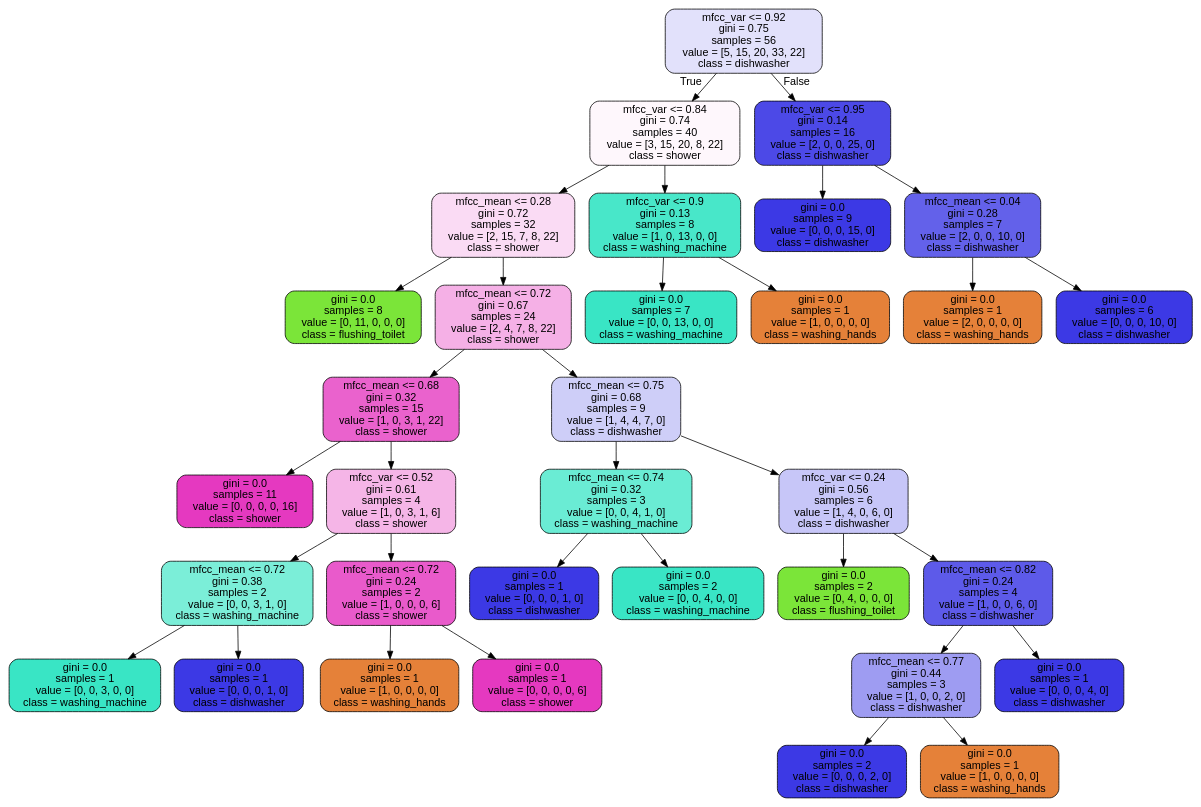
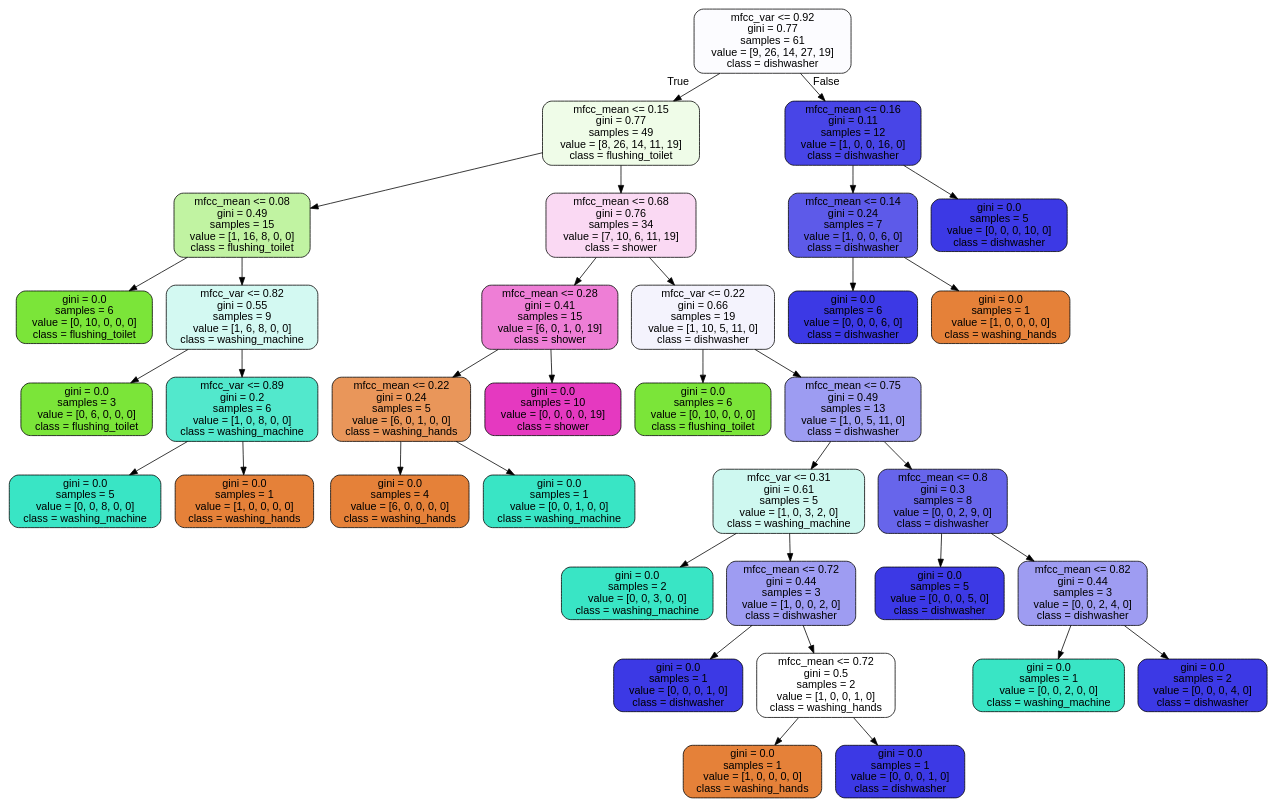
One commit to fritzschack/thesis changed the diagram in files/tree.dot. Above: the diagram before and after it, drawn with Graphviz. The commit also changed 3 other files, not shown here.

```diff
--- a/files/tree.dot
+++ b/files/tree.dot
@@ -1,69 +1,73 @@
 digraph Tree {
 node [shape=box, style="filled, rounded", color="black", fontname="helvetica"] ;
 edge [fontname="helvetica"] ;
-0 [label="mfcc_var <= 0.92\ngini = 0.75\nsamples = 56\nvalue = [5, 15, 20, 33, 22]\nclass = dishwasher", fillcolor="#e2e1fb"] ;
-1 [label="mfcc_var <= 0.84\ngini = 0.74\nsamples = 40\nvalue = [3, 15, 20, 8, 22]\nclass = shower", fillcolor="#fef7fc"] ;
+0 [label="mfcc_var <= 0.92\ngini = 0.77\nsamples = 61\nvalue = [9, 26, 14, 27, 19]\nclass = dishwasher", fillcolor="#fcfcff"] ;
+1 [label="mfcc_mean <= 0.15\ngini = 0.77\nsamples = 49\nvalue = [8, 26, 14, 11, 19]\nclass = flushing_toilet", fillcolor="#effce8"] ;
 0 -> 1 [labeldistance=2.5, labelangle=45, headlabel="True"] ;
-2 [label="mfcc_mean <= 0.28\ngini = 0.72\nsamples = 32\nvalue = [2, 15, 7, 8, 22]\nclass = shower", fillcolor="#fadbf4"] ;
+2 [label="mfcc_mean <= 0.08\ngini = 0.49\nsamples = 15\nvalue = [1, 16, 8, 0, 0]\nclass = flushing_toilet", fillcolor="#c1f3a2"] ;
 1 -> 2 ;
-3 [label="gini = 0.0\nsamples = 8\nvalue = [0, 11, 0, 0, 0]\nclass = flushing_toilet", fillcolor="#7be539"] ;
+3 [label="gini = 0.0\nsamples = 6\nvalue = [0, 10, 0, 0, 0]\nclass = flushing_toilet", fillcolor="#7be539"] ;
 2 -> 3 ;
-4 [label="mfcc_mean <= 0.72\ngini = 0.67\nsamples = 24\nvalue = [2, 4, 7, 8, 22]\nclass = shower", fillcolor="#f5b0e6"] ;
+4 [label="mfcc_var <= 0.82\ngini = 0.55\nsamples = 9\nvalue = [1, 6, 8, 0, 0]\nclass = washing_machine", fillcolor="#d3f9f2"] ;
 2 -> 4 ;
-5 [label="mfcc_mean <= 0.68\ngini = 0.32\nsamples = 15\nvalue = [1, 0, 3, 1, 22]\nclass = shower", fillcolor="#ea62cd"] ;
+5 [label="gini = 0.0\nsamples = 3\nvalue = [0, 6, 0, 0, 0]\nclass = flushing_toilet", fillcolor="#7be539"] ;
 4 -> 5 ;
-6 [label="gini = 0.0\nsamples = 11\nvalue = [0, 0, 0, 0, 16]\nclass = shower", fillcolor="#e539c0"] ;
-5 -> 6 ;
-7 [label="mfcc_var <= 0.52\ngini = 0.61\nsamples = 4\nvalue = [1, 0, 3, 1, 6]\nclass = shower", fillcolor="#f5b5e7"] ;
-5 -> 7 ;
-8 [label="mfcc_mean <= 0.72\ngini = 0.38\nsamples = 2\nvalue = [0, 0, 3, 1, 0]\nclass = washing_machine", fillcolor="#7beed8"] ;
-7 -> 8 ;
-9 [label="gini = 0.0\nsamples = 1\nvalue = [0, 0, 3, 0, 0]\nclass = washing_machine", fillcolor="#39e5c5"] ;
-8 -> 9 ;
-10 [label="gini = 0.0\nsamples = 1\nvalue = [0, 0, 0, 1, 0]\nclass = dishwasher", fillcolor="#3c39e5"] ;
-8 -> 10 ;
-11 [label="mfcc_mean <= 0.72\ngini = 0.24\nsamples = 2\nvalue = [1, 0, 0, 0, 6]\nclass = shower", fillcolor="#e95acb"] ;
-7 -> 11 ;
-12 [label="gini = 0.0\nsamples = 1\nvalue = [1, 0, 0, 0, 0]\nclass = washing_hands", fillcolor="#e58139"] ;
+6 [label="mfcc_var <= 0.89\ngini = 0.2\nsamples = 6\nvalue = [1, 0, 8, 0, 0]\nclass = washing_machine", fillcolor="#52e8cc"] ;
+4 -> 6 ;
+7 [label="gini = 0.0\nsamples = 5\nvalue = [0, 0, 8, 0, 0]\nclass = washing_machine", fillcolor="#39e5c5"] ;
+6 -> 7 ;
+8 [label="gini = 0.0\nsamples = 1\nvalue = [1, 0, 0, 0, 0]\nclass = washing_hands", fillcolor="#e58139"] ;
+6 -> 8 ;
+9 [label="mfcc_mean <= 0.68\ngini = 0.76\nsamples = 34\nvalue = [7, 10, 6, 11, 19]\nclass = shower", fillcolor="#fad9f3"] ;
+1 -> 9 ;
+10 [label="mfcc_mean <= 0.28\ngini = 0.41\nsamples = 15\nvalue = [6, 0, 1, 0, 19]\nclass = shower", fillcolor="#ee7ed6"] ;
+9 -> 10 ;
+11 [label="mfcc_mean <= 0.22\ngini = 0.24\nsamples = 5\nvalue = [6, 0, 1, 0, 0]\nclass = washing_hands", fillcolor="#e9965a"] ;
+10 -> 11 ;
+12 [label="gini = 0.0\nsamples = 4\nvalue = [6, 0, 0, 0, 0]\nclass = washing_hands", fillcolor="#e58139"] ;
 11 -> 12 ;
-13 [label="gini = 0.0\nsamples = 1\nvalue = [0, 0, 0, 0, 6]\nclass = shower", fillcolor="#e539c0"] ;
+13 [label="gini = 0.0\nsamples = 1\nvalue = [0, 0, 1, 0, 0]\nclass = washing_machine", fillcolor="#39e5c5"] ;
 11 -> 13 ;
-14 [label="mfcc_mean <= 0.75\ngini = 0.68\nsamples = 9\nvalue = [1, 4, 4, 7, 0]\nclass = dishwasher", fillcolor="#cecef8"] ;
-4 -> 14 ;
-15 [label="mfcc_mean <= 0.74\ngini = 0.32\nsamples = 3\nvalue = [0, 0, 4, 1, 0]\nclass = washing_machine", fillcolor="#6aecd4"] ;
-14 -> 15 ;
-16 [label="gini = 0.0\nsamples = 1\nvalue = [0, 0, 0, 1, 0]\nclass = dishwasher", fillcolor="#3c39e5"] ;
+14 [label="gini = 0.0\nsamples = 10\nvalue = [0, 0, 0, 0, 19]\nclass = shower", fillcolor="#e539c0"] ;
+10 -> 14 ;
+15 [label="mfcc_var <= 0.22\ngini = 0.66\nsamples = 19\nvalue = [1, 10, 5, 11, 0]\nclass = dishwasher", fillcolor="#f4f3fd"] ;
+9 -> 15 ;
+16 [label="gini = 0.0\nsamples = 6\nvalue = [0, 10, 0, 0, 0]\nclass = flushing_toilet", fillcolor="#7be539"] ;
 15 -> 16 ;
-17 [label="gini = 0.0\nsamples = 2\nvalue = [0, 0, 4, 0, 0]\nclass = washing_machine", fillcolor="#39e5c5"] ;
+17 [label="mfcc_mean <= 0.75\ngini = 0.49\nsamples = 13\nvalue = [1, 0, 5, 11, 0]\nclass = dishwasher", fillcolor="#9d9cf2"] ;
 15 -> 17 ;
-18 [label="mfcc_var <= 0.24\ngini = 0.56\nsamples = 6\nvalue = [1, 4, 0, 6, 0]\nclass = dishwasher", fillcolor="#c7c6f8"] ;
-14 -> 18 ;
-19 [label="gini = 0.0\nsamples = 2\nvalue = [0, 4, 0, 0, 0]\nclass = flushing_toilet", fillcolor="#7be539"] ;
+18 [label="mfcc_var <= 0.31\ngini = 0.61\nsamples = 5\nvalue = [1, 0, 3, 2, 0]\nclass = washing_machine", fillcolor="#cef8f0"] ;
+17 -> 18 ;
+19 [label="gini = 0.0\nsamples = 2\nvalue = [0, 0, 3, 0, 0]\nclass = washing_machine", fillcolor="#39e5c5"] ;
 18 -> 19 ;
-20 [label="mfcc_mean <= 0.82\ngini = 0.24\nsamples = 4\nvalue = [1, 0, 0, 6, 0]\nclass = dishwasher", fillcolor="#5d5ae9"] ;
+20 [label="mfcc_mean <= 0.72\ngini = 0.44\nsamples = 3\nvalue = [1, 0, 0, 2, 0]\nclass = dishwasher", fillcolor="#9e9cf2"] ;
 18 -> 20 ;
-21 [label="mfcc_mean <= 0.77\ngini = 0.44\nsamples = 3\nvalue = [1, 0, 0, 2, 0]\nclass = dishwasher", fillcolor="#9e9cf2"] ;
+21 [label="gini = 0.0\nsamples = 1\nvalue = [0, 0, 0, 1, 0]\nclass = dishwasher", fillcolor="#3c39e5"] ;
 20 -> 21 ;
-22 [label="gini = 0.0\nsamples = 2\nvalue = [0, 0, 0, 2, 0]\nclass = dishwasher", fillcolor="#3c39e5"] ;
-21 -> 22 ;
+22 [label="mfcc_mean <= 0.72\ngini = 0.5\nsamples = 2\nvalue = [1, 0, 0, 1, 0]\nclass = washing_hands", fillcolor="#ffffff"] ;
+20 -> 22 ;
 23 [label="gini = 0.0\nsamples = 1\nvalue = [1, 0, 0, 0, 0]\nclass = washing_hands", fillcolor="#e58139"] ;
-21 -> 23 ;
-24 [label="gini = 0.0\nsamples = 1\nvalue = [0, 0, 0, 4, 0]\nclass = dishwasher", fillcolor="#3c39e5"] ;
-20 -> 24 ;
-25 [label="mfcc_var <= 0.9\ngini = 0.13\nsamples = 8\nvalue = [1, 0, 13, 0, 0]\nclass = washing_machine", fillcolor="#48e7c9"] ;
-1 -> 25 ;
-26 [label="gini = 0.0\nsamples = 7\nvalue = [0, 0, 13, 0, 0]\nclass = washing_machine", fillcolor="#39e5c5"] ;
+22 -> 23 ;
+24 [label="gini = 0.0\nsamples = 1\nvalue = [0, 0, 0, 1, 0]\nclass = dishwasher", fillcolor="#3c39e5"] ;
+22 -> 24 ;
+25 [label="mfcc_mean <= 0.8\ngini = 0.3\nsamples = 8\nvalue = [0, 0, 2, 9, 0]\nclass = dishwasher", fillcolor="#6765eb"] ;
+17 -> 25 ;
+26 [label="gini = 0.0\nsamples = 5\nvalue = [0, 0, 0, 5, 0]\nclass = dishwasher", fillcolor="#3c39e5"] ;
 25 -> 26 ;
-27 [label="gini = 0.0\nsamples = 1\nvalue = [1, 0, 0, 0, 0]\nclass = washing_hands", fillcolor="#e58139"] ;
+27 [label="mfcc_mean <= 0.82\ngini = 0.44\nsamples = 3\nvalue = [0, 0, 2, 4, 0]\nclass = dishwasher", fillcolor="#9e9cf2"] ;
 25 -> 27 ;
-28 [label="mfcc_var <= 0.95\ngini = 0.14\nsamples = 16\nvalue = [2, 0, 0, 25, 0]\nclass = dishwasher", fillcolor="#4c49e7"] ;
-0 -> 28 [labeldistance=2.5, labelangle=-45, headlabel="False"] ;
-29 [label="gini = 0.0\nsamples = 9\nvalue = [0, 0, 0, 15, 0]\nclass = dishwasher", fillcolor="#3c39e5"] ;
-28 -> 29 ;
-30 [label="mfcc_mean <= 0.04\ngini = 0.28\nsamples = 7\nvalue = [2, 0, 0, 10, 0]\nclass = dishwasher", fillcolor="#6361ea"] ;
-28 -> 30 ;
-31 [label="gini = 0.0\nsamples = 1\nvalue = [2, 0, 0, 0, 0]\nclass = washing_hands", fillcolor="#e58139"] ;
+28 [label="gini = 0.0\nsamples = 1\nvalue = [0, 0, 2, 0, 0]\nclass = washing_machine", fillcolor="#39e5c5"] ;
+27 -> 28 ;
+29 [label="gini = 0.0\nsamples = 2\nvalue = [0, 0, 0, 4, 0]\nclass = dishwasher", fillcolor="#3c39e5"] ;
+27 -> 29 ;
+30 [label="mfcc_mean <= 0.16\ngini = 0.11\nsamples = 12\nvalue = [1, 0, 0, 16, 0]\nclass = dishwasher", fillcolor="#4845e7"] ;
+0 -> 30 [labeldistance=2.5, labelangle=-45, headlabel="False"] ;
+31 [label="mfcc_mean <= 0.14\ngini = 0.24\nsamples = 7\nvalue = [1, 0, 0, 6, 0]\nclass = dishwasher", fillcolor="#5d5ae9"] ;
 30 -> 31 ;
-32 [label="gini = 0.0\nsamples = 6\nvalue = [0, 0, 0, 10, 0]\nclass = dishwasher", fillcolor="#3c39e5"] ;
-30 -> 32 ;
+32 [label="gini = 0.0\nsamples = 6\nvalue = [0, 0, 0, 6, 0]\nclass = dishwasher", fillcolor="#3c39e5"] ;
+31 -> 32 ;
+33 [label="gini = 0.0\nsamples = 1\nvalue = [1, 0, 0, 0, 0]\nclass = washing_hands", fillcolor="#e58139"] ;
+31 -> 33 ;
+34 [label="gini = 0.0\nsamples = 5\nvalue = [0, 0, 0, 10, 0]\nclass = dishwasher", fillcolor="#3c39e5"] ;
+30 -> 34 ;
 }
```
